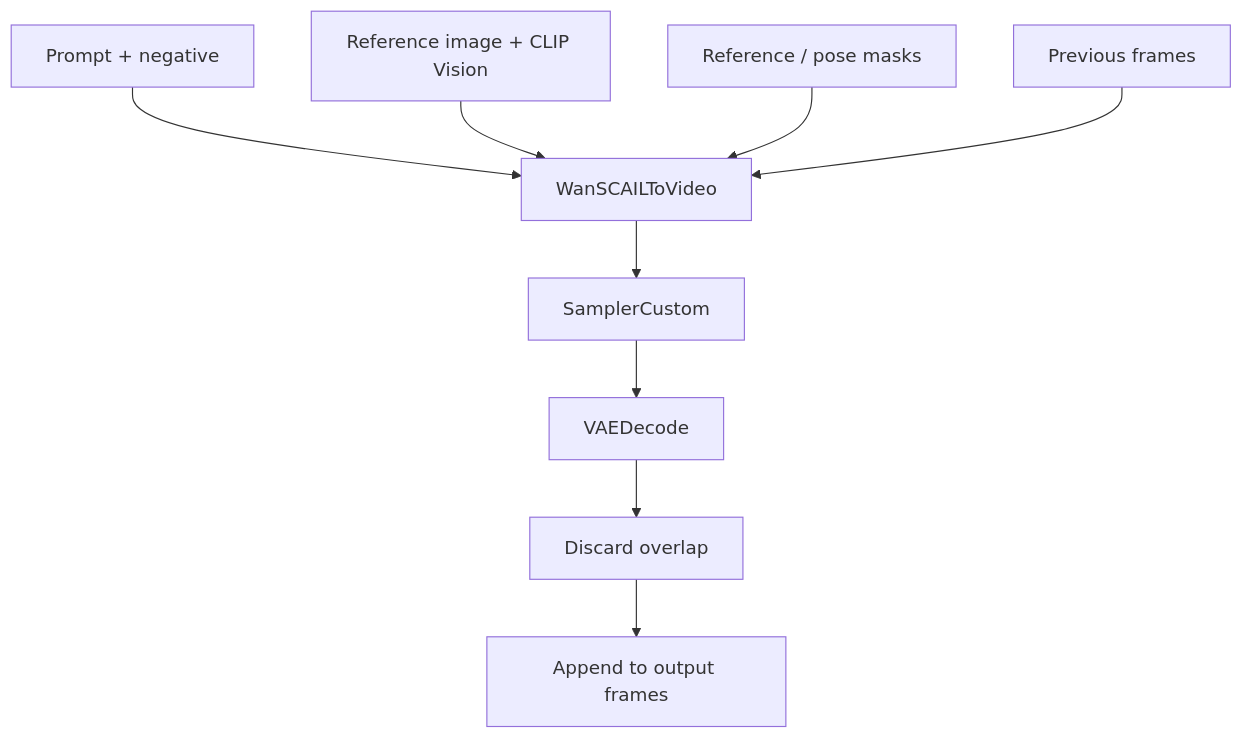
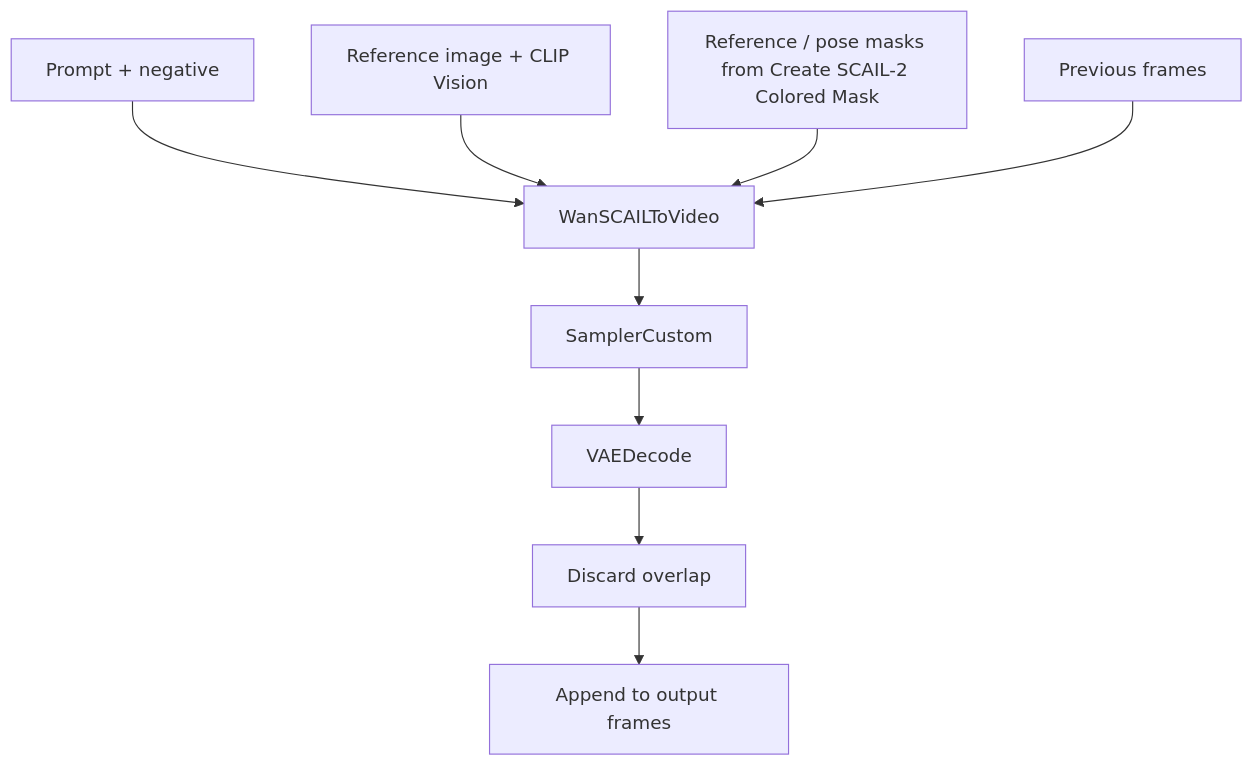
One commit to TTPlanetPig/comfyui_scail2_multi_cond changed the second of 2 diagrams in README.md. Above: the diagram before and after it, drawn with Mermaid. The commit also changed other lines of this file and 4 other files, not shown here.

Commit message:
Use external SCAIL2 mask inputs

````diff
--- a/README.md
+++ b/README.md
@@ -56,11 +94,11 @@
 ```mermaid
 flowchart TD
     P[Prompt + negative] --> S[WanSCAILToVideo]
     R[Reference image + CLIP Vision] --> S
-    M[Reference / pose masks] --> S
+    M[Reference / pose masks from Create SCAIL-2 Colored Mask] --> S
     V[Previous frames] --> S
     S --> K[SamplerCustom]
     K --> D[VAEDecode]
     D --> T[Discard overlap]
     T --> O[Append to output frames]
 ```
````
